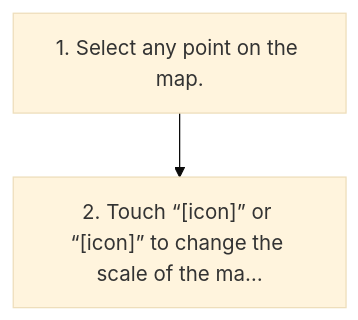
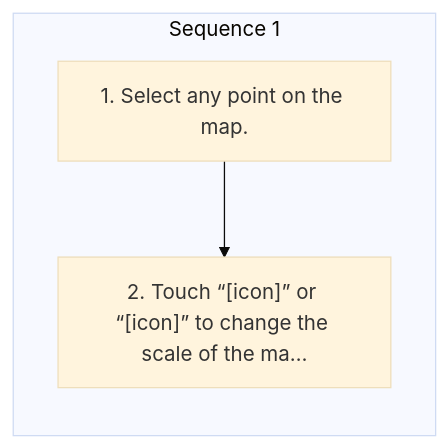
Before and after one commit to Chieko-Y/my-spec-generator: the diagram in workspace/subaru/outback-2026/ivi/published/navigation-if-equipped/6-map-scale.md, drawn with Mermaid (base theme). The commit also changed other lines of this file and 268 other files, not shown here.

````diff
--- a/workspace/subaru/outback-2026/ivi/published/navigation-if-equipped/6-map-scale.md
+++ b/workspace/subaru/outback-2026/ivi/published/navigation-if-equipped/6-map-scale.md
@@ -9,6 +9,9 @@
 ```mermaid
 flowchart TD
-    S1["1. Select any point on the map."]
-    S2["2. Touch “[icon]” or “[icon]” to change the scale of the ma…"]
-    S1 --> S2
+    subgraph SEQ1["Sequence 1"]
+    direction TB
+    S1_1["1. Select any point on the map."]
+    S1_2["2. Touch “[icon]” or “[icon]” to change the scale of the ma…"]
+    S1_1 --> S1_2
+    end
 ```
````
